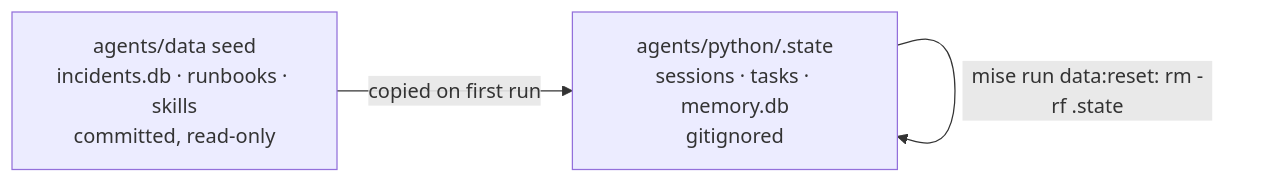
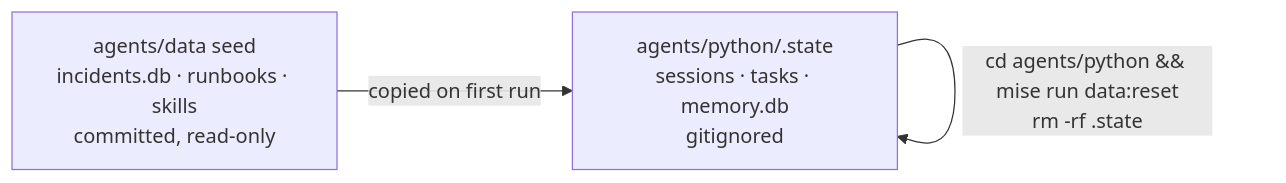
One commit to LuiGGi629/agentops-open-course changed the first of 2 diagrams in docs/1. Setup/1.5. Workspace.md. Above: the diagram before and after it, drawn with Mermaid. The commit also changed other lines of this file and 121 other files, not shown here.

````diff
--- a/docs/1. Setup/1.5. Workspace.md
+++ b/docs/1. Setup/1.5. Workspace.md
@@ -63,5 +53,5 @@
 ```mermaid
 flowchart LR
     seed["agents/data seed<br/>incidents.db · runbooks · skills<br/>committed, read-only"] -->|"copied on first run"| state["agents/python/.state<br/>sessions · tasks · memory.db<br/>gitignored"]
-    state -->|"mise run data:reset: rm -rf .state"| state
+    state -->|"cd agents/python && mise run data:reset<br/>rm -rf .state"| state
 ```
````
